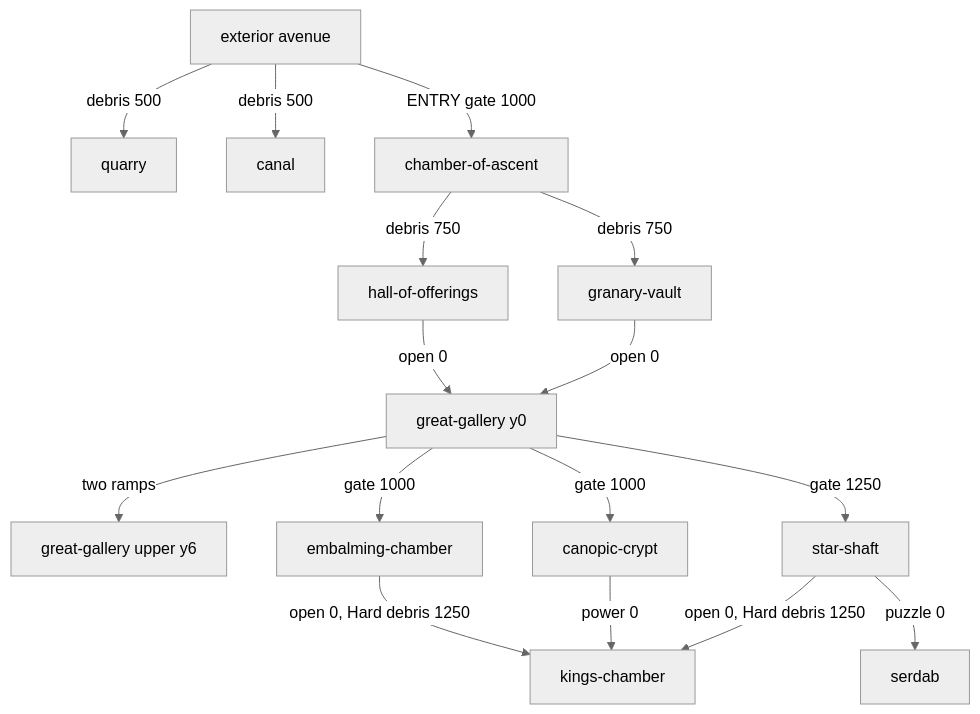
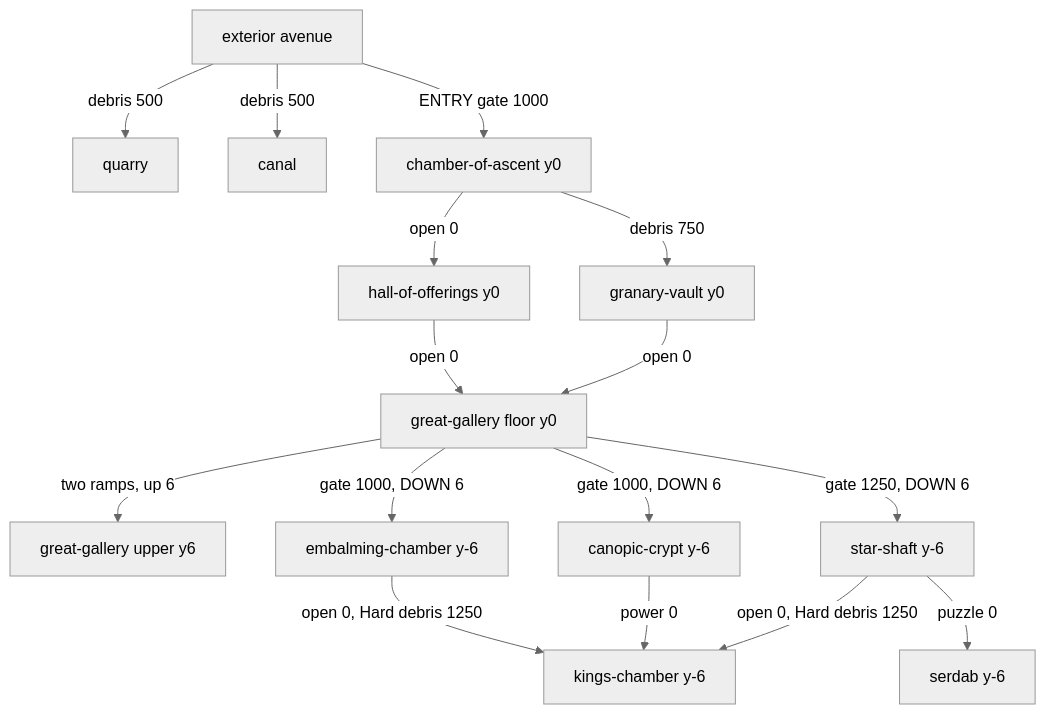
The diagram in docs/MAP-SURVEY.md (eddiebelaval/sands-of-the-restless), drawn with Mermaid (neutral theme) before and after one commit. The commit also changed other lines of this file and 1 other file, not shown here.

````diff
--- a/docs/MAP-SURVEY.md
+++ b/docs/MAP-SURVEY.md
@@ -247,32 +323,32 @@
 ```mermaid
 graph TD
   AV[exterior avenue]
   QY[quarry]
   CN[canal]
-  CA[chamber-of-ascent]
-  HO[hall-of-offerings]
-  GV[granary-vault]
-  GG[great-gallery y0]
-  GU[great-gallery upper y6]
-  EC[embalming-chamber]
-  CC[canopic-crypt]
-  SS[star-shaft]
-  KC[kings-chamber]
-  SD[serdab]
+  CA["chamber-of-ascent y0"]
+  HO["hall-of-offerings y0"]
+  GV["granary-vault y0"]
+  GG["great-gallery floor y0"]
+  GU["great-gallery upper y6"]
+  EC["embalming-chamber y-6"]
+  CC["canopic-crypt y-6"]
+  SS["star-shaft y-6"]
+  KC["kings-chamber y-6"]
+  SD["serdab y-6"]
 
   AV -->|debris 500| QY
   AV -->|debris 500| CN
   AV -->|ENTRY gate 1000| CA
-  CA -->|debris 750| HO
+  CA -->|open 0| HO
   CA -->|debris 750| GV
   HO -->|open 0| GG
   GV -->|open 0| GG
-  GG -->|two ramps| GU
-  GG -->|gate 1000| EC
-  GG -->|gate 1000| CC
-  GG -->|gate 1250| SS
+  GG -->|two ramps, up 6| GU
+  GG -->|gate 1000, DOWN 6| EC
+  GG -->|gate 1000, DOWN 6| CC
+  GG -->|gate 1250, DOWN 6| SS
   EC -->|open 0, Hard debris 1250| KC
   CC -->|power 0| KC
   SS -->|puzzle 0| SD
   SS -->|open 0, Hard debris 1250| KC
 ```
````
